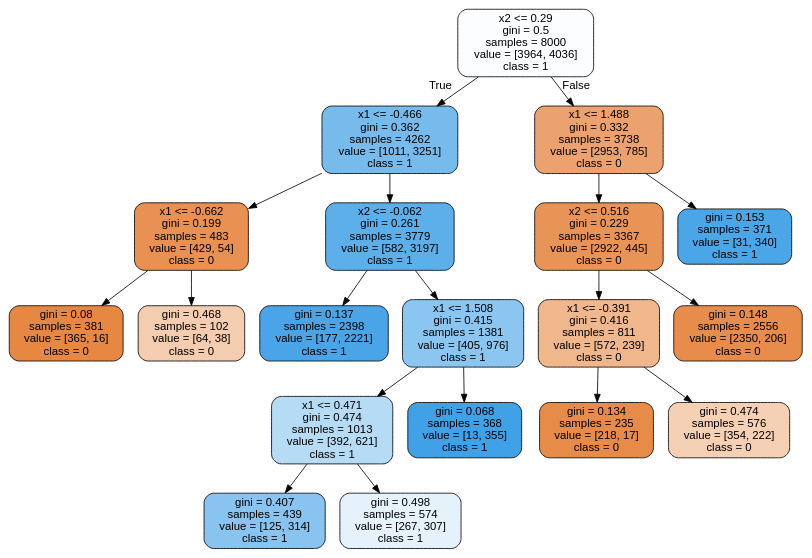
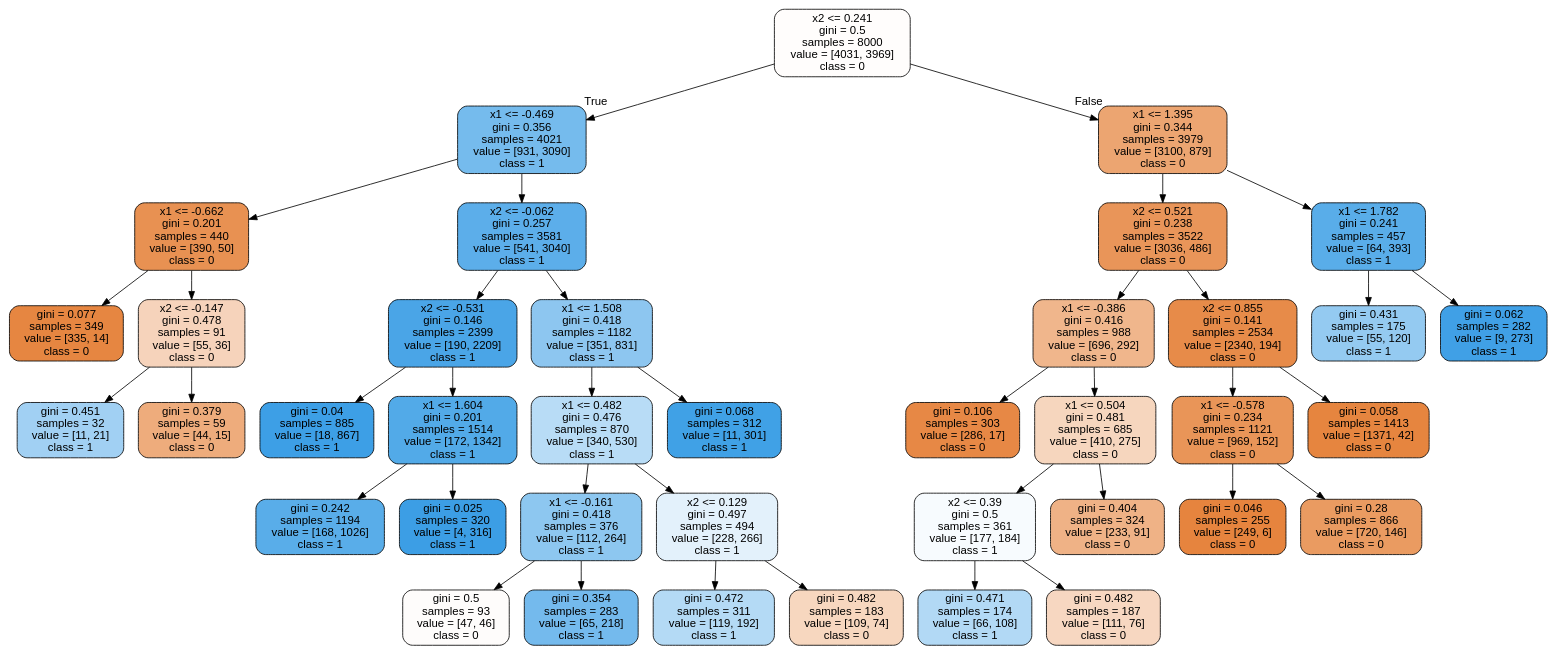
Before and after one commit to JuanDa14Sa/Hands-on-ML-Exercises: the diagram in Decision Trees/tree.dot, drawn with Graphviz. The commit also changed 1 other file, not shown here.

```diff
--- a/Decision Trees/tree.dot
+++ b/Decision Trees/tree.dot
@@ -1,41 +1,81 @@
 digraph Tree {
 node [shape=box, style="filled, rounded", color="black", fontname="helvetica"] ;
 edge [fontname="helvetica"] ;
-0 [label="x2 <= 0.29\ngini = 0.5\nsamples = 8000\nvalue = [3964, 4036]\nclass = 1", fillcolor="#fbfdff"] ;
-1 [label="x1 <= -0.466\ngini = 0.362\nsamples = 4262\nvalue = [1011, 3251]\nclass = 1", fillcolor="#77bbed"] ;
+0 [label="x2 <= 0.241\ngini = 0.5\nsamples = 8000\nvalue = [4031, 3969]\nclass = 0", fillcolor="#fffdfc"] ;
+1 [label="x1 <= -0.469\ngini = 0.356\nsamples = 4021\nvalue = [931, 3090]\nclass = 1", fillcolor="#75bbed"] ;
 0 -> 1 [labeldistance=2.5, labelangle=45, headlabel="True"] ;
-3 [label="x1 <= -0.662\ngini = 0.199\nsamples = 483\nvalue = [429, 54]\nclass = 0", fillcolor="#e89152"] ;
+3 [label="x1 <= -0.662\ngini = 0.201\nsamples = 440\nvalue = [390, 50]\nclass = 0", fillcolor="#e89152"] ;
 1 -> 3 ;
-15 [label="gini = 0.08\nsamples = 381\nvalue = [365, 16]\nclass = 0", fillcolor="#e68742"] ;
+15 [label="gini = 0.077\nsamples = 349\nvalue = [335, 14]\nclass = 0", fillcolor="#e68641"] ;
 3 -> 15 ;
-16 [label="gini = 0.468\nsamples = 102\nvalue = [64, 38]\nclass = 0", fillcolor="#f4ccaf"] ;
+16 [label="x2 <= -0.147\ngini = 0.478\nsamples = 91\nvalue = [55, 36]\nclass = 0", fillcolor="#f6d3bb"] ;
 3 -> 16 ;
-4 [label="x2 <= -0.062\ngini = 0.261\nsamples = 3779\nvalue = [582, 3197]\nclass = 1", fillcolor="#5dafea"] ;
+37 [label="gini = 0.451\nsamples = 32\nvalue = [11, 21]\nclass = 1", fillcolor="#a1d0f3"] ;
+16 -> 37 ;
+38 [label="gini = 0.379\nsamples = 59\nvalue = [44, 15]\nclass = 0", fillcolor="#eeac7c"] ;
+16 -> 38 ;
+4 [label="x2 <= -0.062\ngini = 0.257\nsamples = 3581\nvalue = [541, 3040]\nclass = 1", fillcolor="#5caeea"] ;
 1 -> 4 ;
-7 [label="gini = 0.137\nsamples = 2398\nvalue = [177, 2221]\nclass = 1", fillcolor="#49a5e7"] ;
+7 [label="x2 <= -0.531\ngini = 0.146\nsamples = 2399\nvalue = [190, 2209]\nclass = 1", fillcolor="#4aa5e7"] ;
 4 -> 7 ;
-8 [label="x1 <= 1.508\ngini = 0.415\nsamples = 1381\nvalue = [405, 976]\nclass = 1", fillcolor="#8bc6f0"] ;
+29 [label="gini = 0.04\nsamples = 885\nvalue = [18, 867]\nclass = 1", fillcolor="#3d9fe6"] ;
+7 -> 29 ;
+30 [label="x1 <= 1.604\ngini = 0.201\nsamples = 1514\nvalue = [172, 1342]\nclass = 1", fillcolor="#52aae8"] ;
+7 -> 30 ;
+31 [label="gini = 0.242\nsamples = 1194\nvalue = [168, 1026]\nclass = 1", fillcolor="#59ade9"] ;
+30 -> 31 ;
+32 [label="gini = 0.025\nsamples = 320\nvalue = [4, 316]\nclass = 1", fillcolor="#3c9ee5"] ;
+30 -> 32 ;
+8 [label="x1 <= 1.508\ngini = 0.418\nsamples = 1182\nvalue = [351, 831]\nclass = 1", fillcolor="#8dc6f0"] ;
 4 -> 8 ;
-9 [label="x1 <= 0.471\ngini = 0.474\nsamples = 1013\nvalue = [392, 621]\nclass = 1", fillcolor="#b6dbf5"] ;
-8 -> 9 ;
-17 [label="gini = 0.407\nsamples = 439\nvalue = [125, 314]\nclass = 1", fillcolor="#88c4ef"] ;
-9 -> 17 ;
-18 [label="gini = 0.498\nsamples = 574\nvalue = [267, 307]\nclass = 1", fillcolor="#e5f2fc"] ;
-9 -> 18 ;
-10 [label="gini = 0.068\nsamples = 368\nvalue = [13, 355]\nclass = 1", fillcolor="#40a1e6"] ;
-8 -> 10 ;
-2 [label="x1 <= 1.488\ngini = 0.332\nsamples = 3738\nvalue = [2953, 785]\nclass = 0", fillcolor="#eca26e"] ;
+11 [label="x1 <= 0.482\ngini = 0.476\nsamples = 870\nvalue = [340, 530]\nclass = 1", fillcolor="#b8dcf6"] ;
+8 -> 11 ;
+23 [label="x1 <= -0.161\ngini = 0.418\nsamples = 376\nvalue = [112, 264]\nclass = 1", fillcolor="#8dc7f0"] ;
+11 -> 23 ;
+25 [label="gini = 0.5\nsamples = 93\nvalue = [47, 46]\nclass = 0", fillcolor="#fefcfb"] ;
+23 -> 25 ;
+26 [label="gini = 0.354\nsamples = 283\nvalue = [65, 218]\nclass = 1", fillcolor="#74baed"] ;
+23 -> 26 ;
+24 [label="x2 <= 0.129\ngini = 0.497\nsamples = 494\nvalue = [228, 266]\nclass = 1", fillcolor="#e3f1fb"] ;
+11 -> 24 ;
+27 [label="gini = 0.472\nsamples = 311\nvalue = [119, 192]\nclass = 1", fillcolor="#b4daf5"] ;
+24 -> 27 ;
+28 [label="gini = 0.482\nsamples = 183\nvalue = [109, 74]\nclass = 0", fillcolor="#f7d7bf"] ;
+24 -> 28 ;
+12 [label="gini = 0.068\nsamples = 312\nvalue = [11, 301]\nclass = 1", fillcolor="#40a1e6"] ;
+8 -> 12 ;
+2 [label="x1 <= 1.395\ngini = 0.344\nsamples = 3979\nvalue = [3100, 879]\nclass = 0", fillcolor="#eca571"] ;
 0 -> 2 [labeldistance=2.5, labelangle=-45, headlabel="False"] ;
-5 [label="x2 <= 0.516\ngini = 0.229\nsamples = 3367\nvalue = [2922, 445]\nclass = 0", fillcolor="#e99457"] ;
+5 [label="x2 <= 0.521\ngini = 0.238\nsamples = 3522\nvalue = [3036, 486]\nclass = 0", fillcolor="#e99559"] ;
 2 -> 5 ;
-11 [label="x1 <= -0.391\ngini = 0.416\nsamples = 811\nvalue = [572, 239]\nclass = 0", fillcolor="#f0b68c"] ;
-5 -> 11 ;
-13 [label="gini = 0.134\nsamples = 235\nvalue = [218, 17]\nclass = 0", fillcolor="#e78b48"] ;
-11 -> 13 ;
-14 [label="gini = 0.474\nsamples = 576\nvalue = [354, 222]\nclass = 0", fillcolor="#f5d0b5"] ;
-11 -> 14 ;
-12 [label="gini = 0.148\nsamples = 2556\nvalue = [2350, 206]\nclass = 0", fillcolor="#e78c4a"] ;
-5 -> 12 ;
-6 [label="gini = 0.153\nsamples = 371\nvalue = [31, 340]\nclass = 1", fillcolor="#4ba6e7"] ;
+9 [label="x1 <= -0.386\ngini = 0.416\nsamples = 988\nvalue = [696, 292]\nclass = 0", fillcolor="#f0b68c"] ;
+5 -> 9 ;
+13 [label="gini = 0.106\nsamples = 303\nvalue = [286, 17]\nclass = 0", fillcolor="#e78845"] ;
+9 -> 13 ;
+14 [label="x1 <= 0.504\ngini = 0.481\nsamples = 685\nvalue = [410, 275]\nclass = 0", fillcolor="#f6d6be"] ;
+9 -> 14 ;
+17 [label="x2 <= 0.39\ngini = 0.5\nsamples = 361\nvalue = [177, 184]\nclass = 1", fillcolor="#f7fbfe"] ;
+14 -> 17 ;
+35 [label="gini = 0.471\nsamples = 174\nvalue = [66, 108]\nclass = 1", fillcolor="#b2d9f5"] ;
+17 -> 35 ;
+36 [label="gini = 0.482\nsamples = 187\nvalue = [111, 76]\nclass = 0", fillcolor="#f7d7c1"] ;
+17 -> 36 ;
+18 [label="gini = 0.404\nsamples = 324\nvalue = [233, 91]\nclass = 0", fillcolor="#efb286"] ;
+14 -> 18 ;
+10 [label="x2 <= 0.855\ngini = 0.141\nsamples = 2534\nvalue = [2340, 194]\nclass = 0", fillcolor="#e78b49"] ;
+5 -> 10 ;
+21 [label="x1 <= -0.578\ngini = 0.234\nsamples = 1121\nvalue = [969, 152]\nclass = 0", fillcolor="#e99558"] ;
+10 -> 21 ;
+33 [label="gini = 0.046\nsamples = 255\nvalue = [249, 6]\nclass = 0", fillcolor="#e6843e"] ;
+21 -> 33 ;
+34 [label="gini = 0.28\nsamples = 866\nvalue = [720, 146]\nclass = 0", fillcolor="#ea9b61"] ;
+21 -> 34 ;
+22 [label="gini = 0.058\nsamples = 1413\nvalue = [1371, 42]\nclass = 0", fillcolor="#e6853f"] ;
+10 -> 22 ;
+6 [label="x1 <= 1.782\ngini = 0.241\nsamples = 457\nvalue = [64, 393]\nclass = 1", fillcolor="#59ade9"] ;
 2 -> 6 ;
+19 [label="gini = 0.431\nsamples = 175\nvalue = [55, 120]\nclass = 1", fillcolor="#94caf1"] ;
+6 -> 19 ;
+20 [label="gini = 0.062\nsamples = 282\nvalue = [9, 273]\nclass = 1", fillcolor="#40a0e6"] ;
+6 -> 20 ;
 }
```
